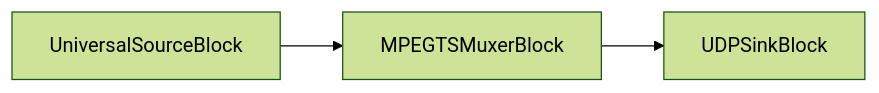
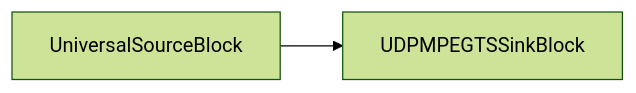
One commit to visioforge/help changed diagram 25 of 29 in dotnet/mediablocks/Sinks/index.md. Above: the diagram before and after it, drawn with Mermaid (forest theme). The commit also changed other lines of this file and 815 other files, not shown here.

````diff
--- a/dotnet/mediablocks/Sinks/index.md
+++ b/dotnet/mediablocks/Sinks/index.md
@@ -1794,5 +1799,4 @@
 ```mermaid
 graph LR;
-    UniversalSourceBlock-->MPEGTSMuxerBlock;
-    MPEGTSMuxerBlock-->UDPSinkBlock;
+    UniversalSourceBlock-->UDPMPEGTSSinkBlock;
 ```
````
